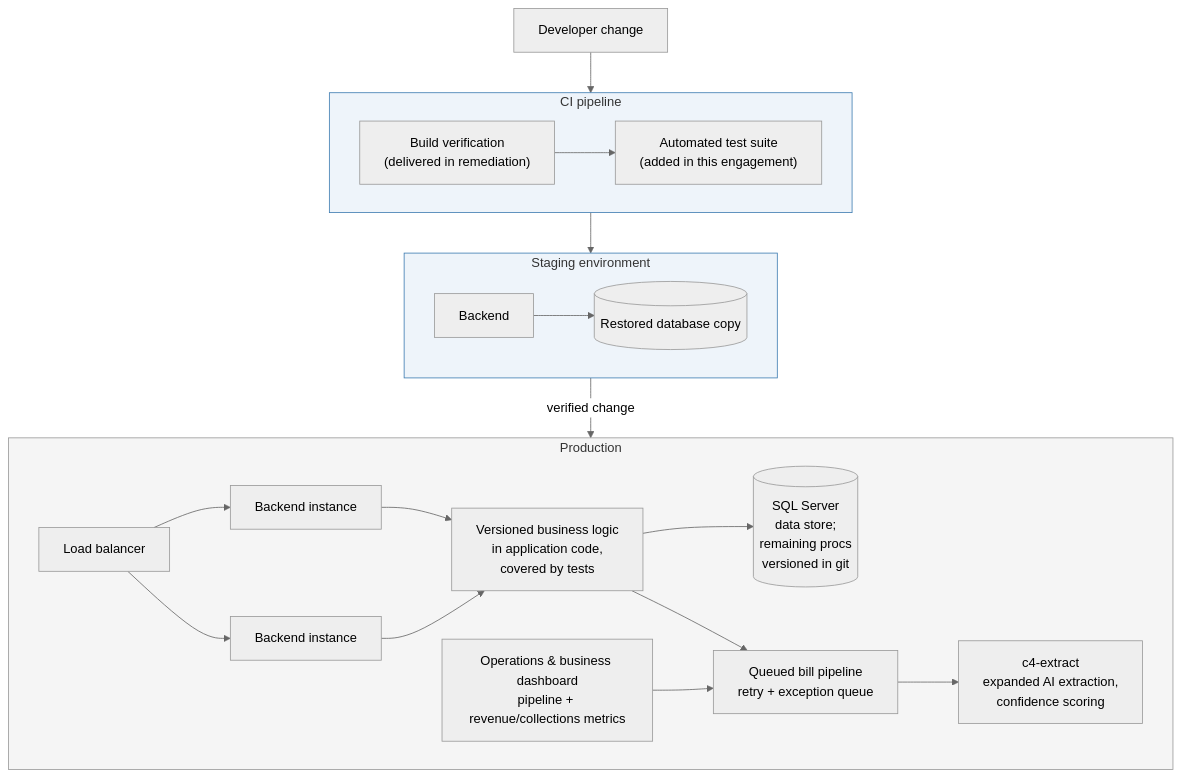
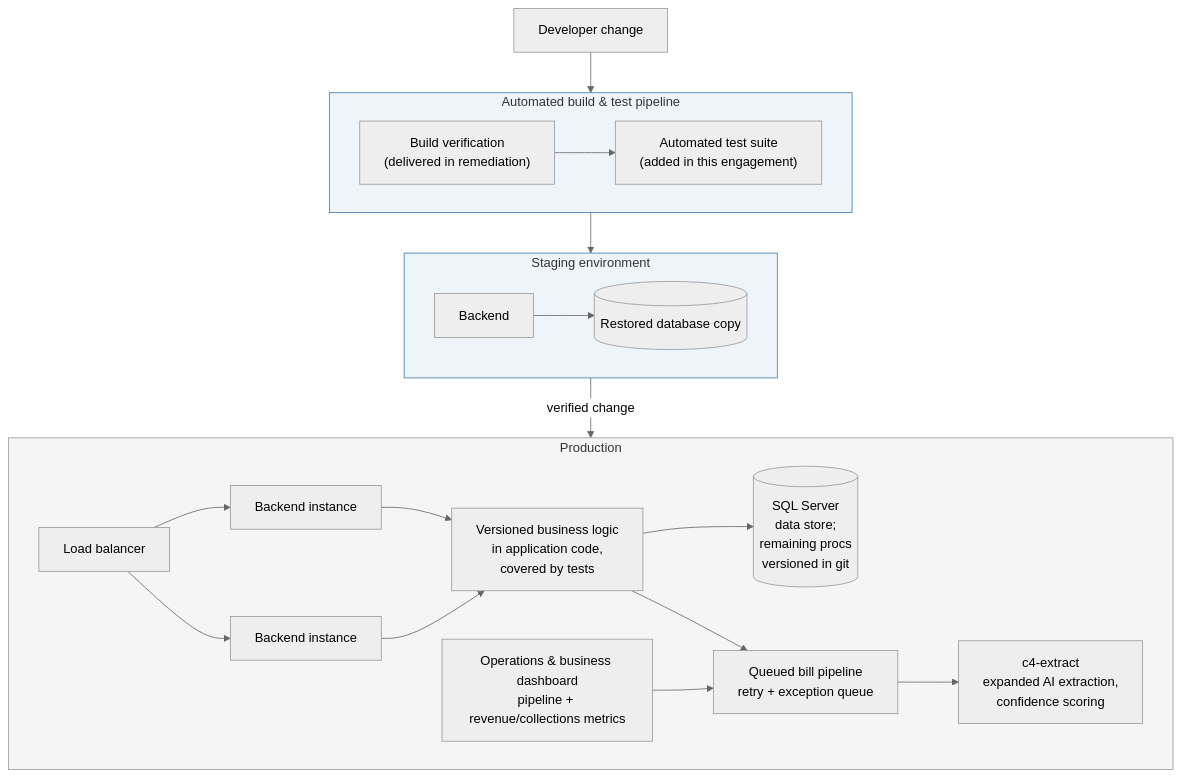
Before and after one commit to keystone-software-systems/keystone-web: the second of 3 diagrams in docs/projects/ubility-partnership-proposal.md, drawn with Mermaid (neutral theme). The commit also changed other lines of this file, not shown here.

````diff
--- a/docs/projects/ubility-partnership-proposal.md
+++ b/docs/projects/ubility-partnership-proposal.md
@@ -105,44 +117,44 @@
 ```mermaid
 graph TD
     DEV["Developer change"] --> CI
 
-    subgraph CI["CI pipeline"]
+    subgraph CI["Automated build & test pipeline"]
         BUILD["Build verification<br/>(delivered in remediation)"]
         TEST["Automated test suite<br/>(added in this engagement)"]
         BUILD --> TEST
     end
 
     CI --> STG
 
     subgraph STG["Staging environment"]
         SBE["Backend"]
         SDB[("Restored database copy")]
         SBE --> SDB
     end
 
     STG -->|"verified change"| PRD
 
     subgraph PRD["Production"]
         LB["Load balancer"]
         BE1["Backend instance"]
         BE2["Backend instance"]
         SVC["Versioned business logic<br/>in application code,<br/>covered by tests"]
         DB2[("SQL Server<br/>data store;<br/>remaining procs<br/>versioned in git")]
         Q["Queued bill pipeline<br/>retry + exception queue"]
         EX2["c4-extract<br/>expanded AI extraction,<br/>confidence scoring"]
         OPS["Operations & business dashboard<br/>pipeline + revenue/collections metrics"]
 
         LB --> BE1
         LB --> BE2
         BE1 --> SVC
         BE2 --> SVC
         SVC --> DB2
         SVC --> Q
         Q --> EX2
         OPS --> Q
     end
 
     style CI fill:#eef4fa,stroke:#3E7CB1
     style STG fill:#eef4fa,stroke:#3E7CB1
     style PRD fill:#f5f5f5,stroke:#999
 ```
````
